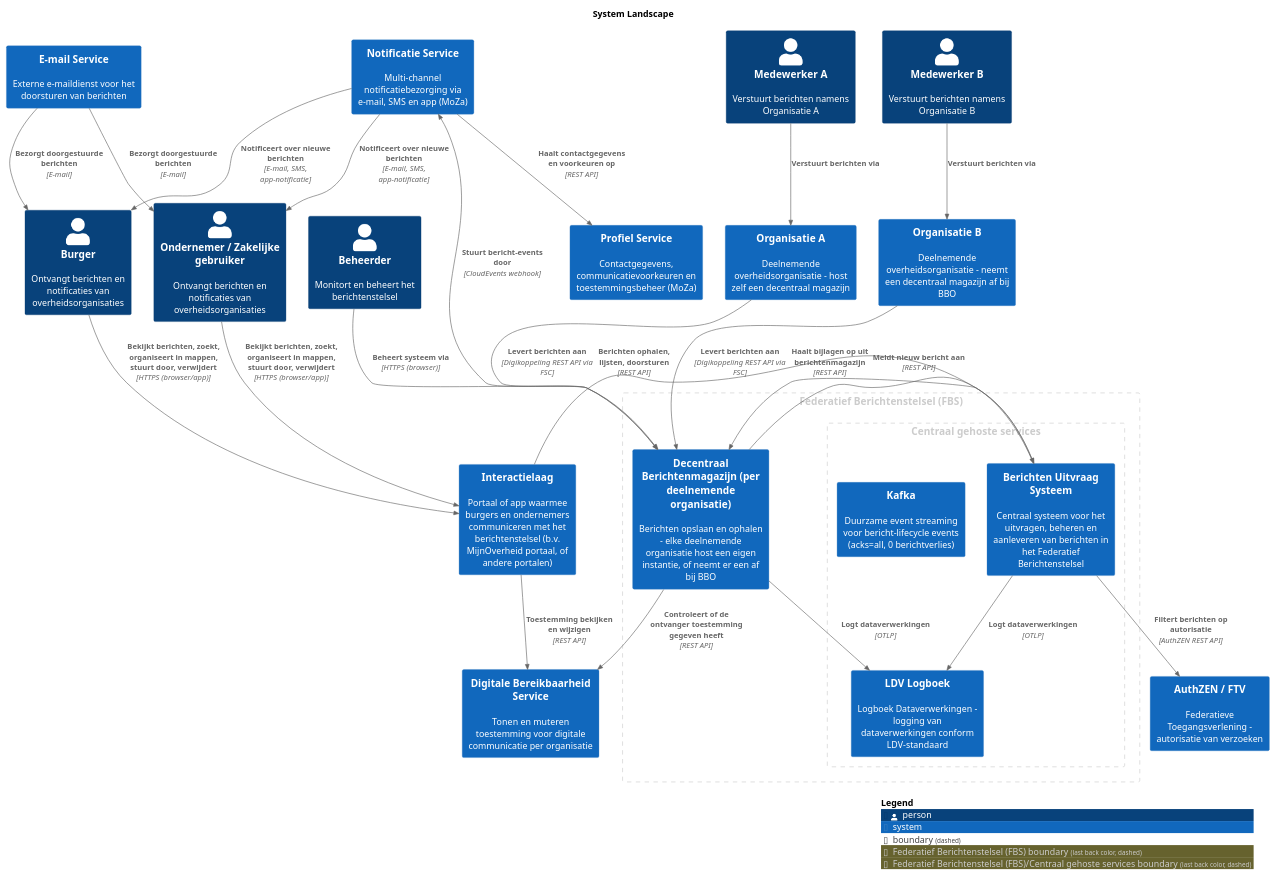
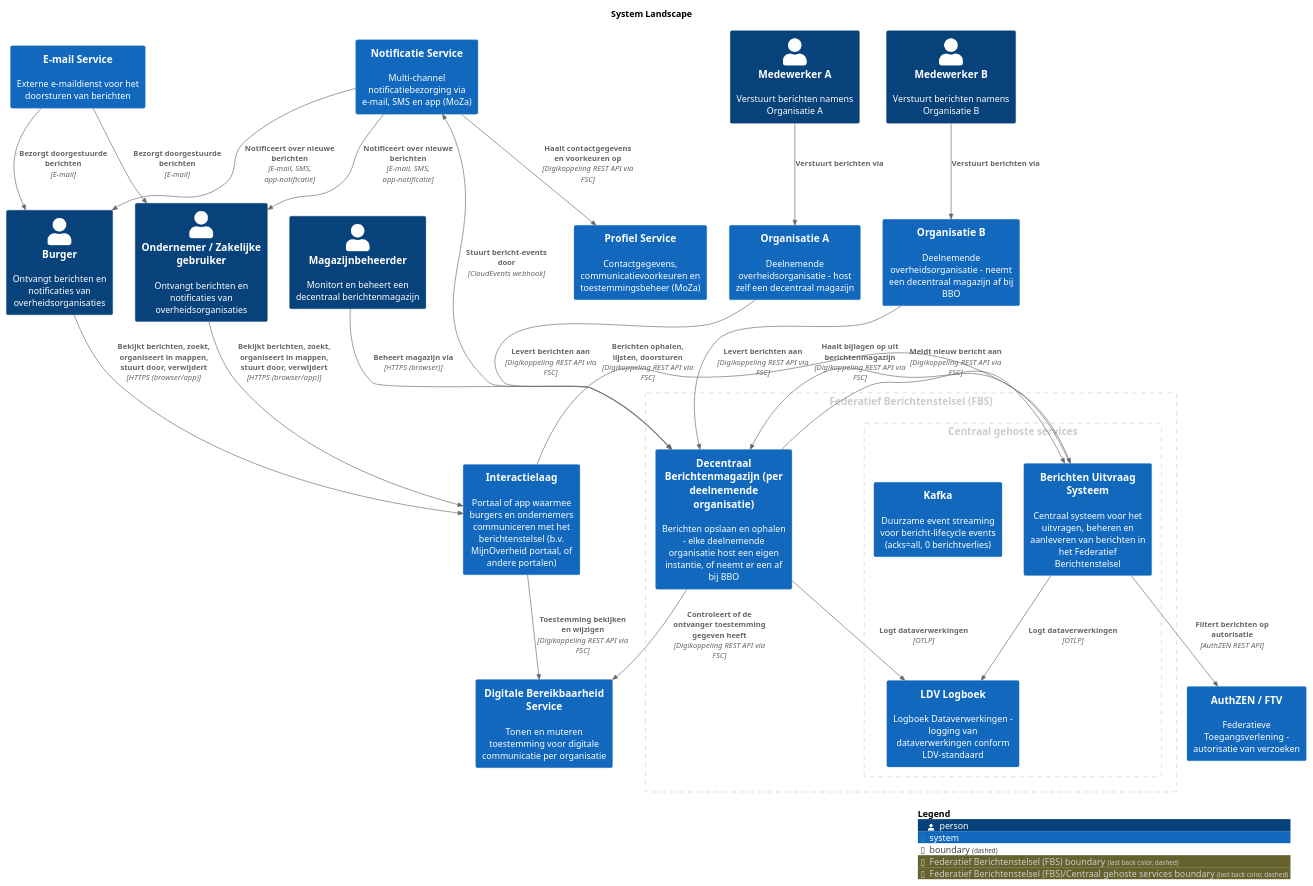
Before and after one commit to MinBZK/moza-poc-fbs-berichtenbox: the diagram in pr-preview/pr-16/master/puml/SystemLandscape.puml, drawn with PlantUML. The commit also changed 48 other files, not shown here.

```diff
--- a/pr-preview/pr-16/master/puml/SystemLandscape.puml
+++ b/pr-preview/pr-16/master/puml/SystemLandscape.puml
@@ -1,59 +1,59 @@
 @startuml
 set separator none
 title System Landscape
 
 top to bottom direction
 
 !include <C4/C4>
 !include <C4/C4_Context>
 
 AddBoundaryTag("Federatief Berichtenstelsel (FBS)", $borderColor="#cccccc", $fontColor="#cccccc", $borderStyle="dashed")
 Boundary(group_1, "Federatief Berichtenstelsel (FBS)", $tags="Federatief Berichtenstelsel (FBS)") {
   System(DecentraalBerichtenmagazijnperdeelnemendeorganisatie, "Decentraal Berichtenmagazijn (per deelnemende organisatie)", $descr="Berichten opslaan en ophalen - elke deelnemende organisatie host een eigen instantie, of neemt er een af bij BBO", $tags="", $link="")
     AddBoundaryTag("Federatief Berichtenstelsel (FBS)/Centraal gehoste services", $borderColor="#cccccc", $fontColor="#cccccc", $borderStyle="dashed")
     Boundary(group_2, "Centraal gehoste services", $tags="Federatief Berichtenstelsel (FBS)/Centraal gehoste services") {
       System(BerichtenUitvraagSysteem, "Berichten Uitvraag Systeem", $descr="Centraal systeem voor het uitvragen, beheren en aanleveren van berichten in het Federatief Berichtenstelsel", $tags="", $link="")
       System(Kafka, "Kafka", $descr="Duurzame event streaming voor bericht-lifecycle events (acks=all, 0 berichtverlies)", $tags="", $link="")
       System(LDVLogboek, "LDV Logboek", $descr="Logboek Dataverwerkingen - logging van dataverwerkingen conform LDV-standaard", $tags="", $link="")
     }
 
 }
 
 Person(Burger, "Burger", $descr="Ontvangt berichten en notificaties van overheidsorganisaties", $tags="", $link="")
 System(Interactielaag, "Interactielaag", $descr="Portaal of app waarmee burgers en ondernemers communiceren met het berichtenstelsel (b.v. MijnOverheid portaal, of andere portalen)", $tags="", $link="")
 System(EmailService, "E-mail Service", $descr="Externe e-maildienst voor het doorsturen van berichten", $tags="", $link="")
 System(OrganisatieA, "Organisatie A", $descr="Deelnemende overheidsorganisatie - host zelf een decentraal magazijn", $tags="", $link="")
 System(OrganisatieB, "Organisatie B", $descr="Deelnemende overheidsorganisatie - neemt een decentraal magazijn af bij BBO", $tags="", $link="")
 Person(OndernemerZakelijkegebruiker, "Ondernemer / Zakelijke gebruiker", $descr="Ontvangt berichten en notificaties van overheidsorganisaties", $tags="", $link="")
 Person(MedewerkerA, "Medewerker A", $descr="Verstuurt berichten namens Organisatie A", $tags="", $link="")
 Person(MedewerkerB, "Medewerker B", $descr="Verstuurt berichten namens Organisatie B", $tags="", $link="")
-Person(Beheerder, "Beheerder", $descr="Monitort en beheert het berichtenstelsel", $tags="", $link="")
+Person(Magazijnbeheerder, "Magazijnbeheerder", $descr="Monitort en beheert een decentraal berichtenmagazijn", $tags="", $link="")
 System(AuthZENFTV, "AuthZEN / FTV", $descr="Federatieve Toegangsverlening - autorisatie van verzoeken", $tags="", $link="")
 System(ProfielService, "Profiel Service", $descr="Contactgegevens, communicatievoorkeuren en toestemmingsbeheer (MoZa)", $tags="", $link="")
 System(NotificatieService, "Notificatie Service", $descr="Multi-channel notificatiebezorging via e-mail, SMS en app (MoZa)", $tags="", $link="")
 System(DigitaleBereikbaarheidService, "Digitale Bereikbaarheid Service", $descr="Tonen en muteren toestemming voor digitale communicatie per organisatie", $tags="", $link="")
 
-Rel(DecentraalBerichtenmagazijnperdeelnemendeorganisatie, DigitaleBereikbaarheidService, "Controleert of de ontvanger toestemming gegeven heeft", $techn="REST API", $tags="", $link="")
+Rel(OrganisatieB, DecentraalBerichtenmagazijnperdeelnemendeorganisatie, "Levert berichten aan", $techn="Digikoppeling REST API via FSC", $tags="", $link="")
+Rel(DecentraalBerichtenmagazijnperdeelnemendeorganisatie, DigitaleBereikbaarheidService, "Controleert of de ontvanger toestemming gegeven heeft", $techn="Digikoppeling REST API via FSC", $tags="", $link="")
 Rel(BerichtenUitvraagSysteem, AuthZENFTV, "Filtert berichten op autorisatie", $techn="AuthZEN REST API", $tags="", $link="")
 Rel(DecentraalBerichtenmagazijnperdeelnemendeorganisatie, LDVLogboek, "Logt dataverwerkingen", $techn="OTLP", $tags="", $link="")
 Rel(BerichtenUitvraagSysteem, LDVLogboek, "Logt dataverwerkingen", $techn="OTLP", $tags="", $link="")
 Rel(MedewerkerA, OrganisatieA, "Verstuurt berichten via", $techn="", $tags="", $link="")
 Rel(MedewerkerB, OrganisatieB, "Verstuurt berichten via", $techn="", $tags="", $link="")
 Rel(Burger, Interactielaag, "Bekijkt berichten, zoekt, organiseert in mappen, stuurt door, verwijdert", $techn="HTTPS (browser/app)", $tags="", $link="")
 Rel(OndernemerZakelijkegebruiker, Interactielaag, "Bekijkt berichten, zoekt, organiseert in mappen, stuurt door, verwijdert", $techn="HTTPS (browser/app)", $tags="", $link="")
 Rel(EmailService, Burger, "Bezorgt doorgestuurde berichten", $techn="E-mail", $tags="", $link="")
 Rel(EmailService, OndernemerZakelijkegebruiker, "Bezorgt doorgestuurde berichten", $techn="E-mail", $tags="", $link="")
 Rel(NotificatieService, Burger, "Notificeert over nieuwe berichten", $techn="E-mail, SMS, app-notificatie", $tags="", $link="")
 Rel(NotificatieService, OndernemerZakelijkegebruiker, "Notificeert over nieuwe berichten", $techn="E-mail, SMS, app-notificatie", $tags="", $link="")
-Rel(Interactielaag, BerichtenUitvraagSysteem, "Berichten ophalen, lijsten, doorsturen", $techn="REST API", $tags="", $link="")
-Rel(Interactielaag, DigitaleBereikbaarheidService, "Toestemming bekijken en wijzigen", $techn="REST API", $tags="", $link="")
-Rel(BerichtenUitvraagSysteem, DecentraalBerichtenmagazijnperdeelnemendeorganisatie, "Haalt bijlagen op uit berichtenmagazijn", $techn="REST API", $tags="", $link="")
-Rel(Beheerder, DecentraalBerichtenmagazijnperdeelnemendeorganisatie, "Beheert systeem via", $techn="HTTPS (browser)", $tags="", $link="")
-Rel(DecentraalBerichtenmagazijnperdeelnemendeorganisatie, BerichtenUitvraagSysteem, "Meldt nieuw bericht aan", $techn="REST API", $tags="", $link="")
+Rel(Interactielaag, BerichtenUitvraagSysteem, "Berichten ophalen, lijsten, doorsturen", $techn="Digikoppeling REST API via FSC", $tags="", $link="")
+Rel(Interactielaag, DigitaleBereikbaarheidService, "Toestemming bekijken en wijzigen", $techn="Digikoppeling REST API via FSC", $tags="", $link="")
+Rel(BerichtenUitvraagSysteem, DecentraalBerichtenmagazijnperdeelnemendeorganisatie, "Haalt bijlagen op uit berichtenmagazijn", $techn="Digikoppeling REST API via FSC", $tags="", $link="")
+Rel(Magazijnbeheerder, DecentraalBerichtenmagazijnperdeelnemendeorganisatie, "Beheert magazijn via", $techn="HTTPS (browser)", $tags="", $link="")
+Rel(DecentraalBerichtenmagazijnperdeelnemendeorganisatie, BerichtenUitvraagSysteem, "Meldt nieuw bericht aan", $techn="Digikoppeling REST API via FSC", $tags="", $link="")
 Rel(DecentraalBerichtenmagazijnperdeelnemendeorganisatie, NotificatieService, "Stuurt bericht-events door", $techn="CloudEvents webhook", $tags="", $link="")
-Rel(NotificatieService, ProfielService, "Haalt contactgegevens en voorkeuren op", $techn="REST API", $tags="", $link="")
+Rel(NotificatieService, ProfielService, "Haalt contactgegevens en voorkeuren op", $techn="Digikoppeling REST API via FSC", $tags="", $link="")
 Rel(OrganisatieA, DecentraalBerichtenmagazijnperdeelnemendeorganisatie, "Levert berichten aan", $techn="Digikoppeling REST API via FSC", $tags="", $link="")
-Rel(OrganisatieB, DecentraalBerichtenmagazijnperdeelnemendeorganisatie, "Levert berichten aan", $techn="Digikoppeling REST API via FSC", $tags="", $link="")
 
 SHOW_LEGEND(true)
 @enduml
```
